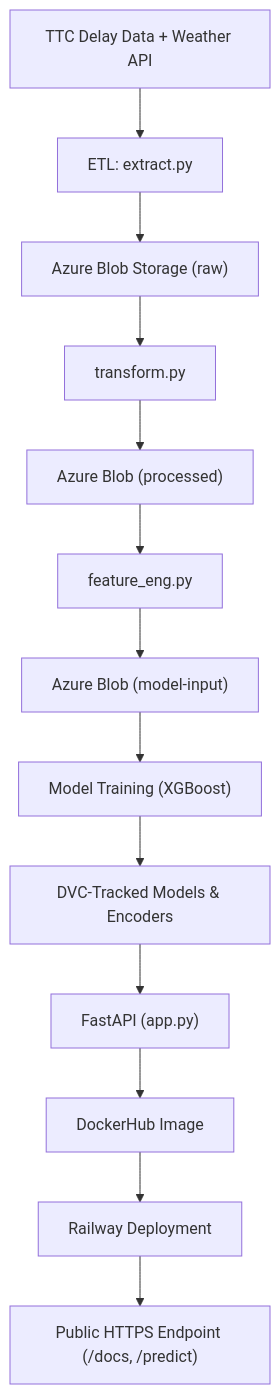
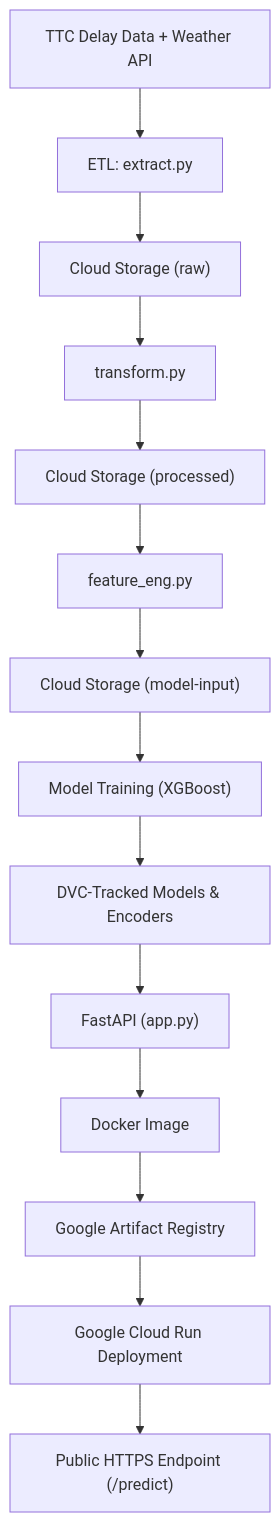
One commit to jay-nidumolu/transitx-project changed the diagram in README.md. Above: the diagram before and after it, drawn with Mermaid. The commit also changed other lines of this file and 5 other files, not shown here.

````diff
--- a/README.md
+++ b/README.md
@@ -136,15 +137,16 @@
 ```mermaid
 flowchart TB
     A["TTC Delay Data + Weather API"] --> B["ETL: extract.py"]
-    B --> C["Azure Blob Storage (raw)"]
+    B --> C["Cloud Storage (raw)"]
     C --> D["transform.py"]
-    D --> E["Azure Blob (processed)"]
+    D --> E["Cloud Storage (processed)"]
     E --> F["feature_eng.py"]
-    F --> G["Azure Blob (model-input)"]
+    F --> G["Cloud Storage (model-input)"]
     G --> H["Model Training (XGBoost)"]
     H --> I["DVC-Tracked Models & Encoders"]
     I --> J["FastAPI (app.py)"]
-    J --> K["DockerHub Image"]
-    K --> L["Railway Deployment"]
-    L --> M["Public HTTPS Endpoint (/docs, /predict)"]
+    J --> K["Docker Image"]
+    K --> L["Google Artifact Registry"]
+    L --> M["Google Cloud Run Deployment"]
+    M --> N["Public HTTPS Endpoint (/predict)"]
 ```
````
